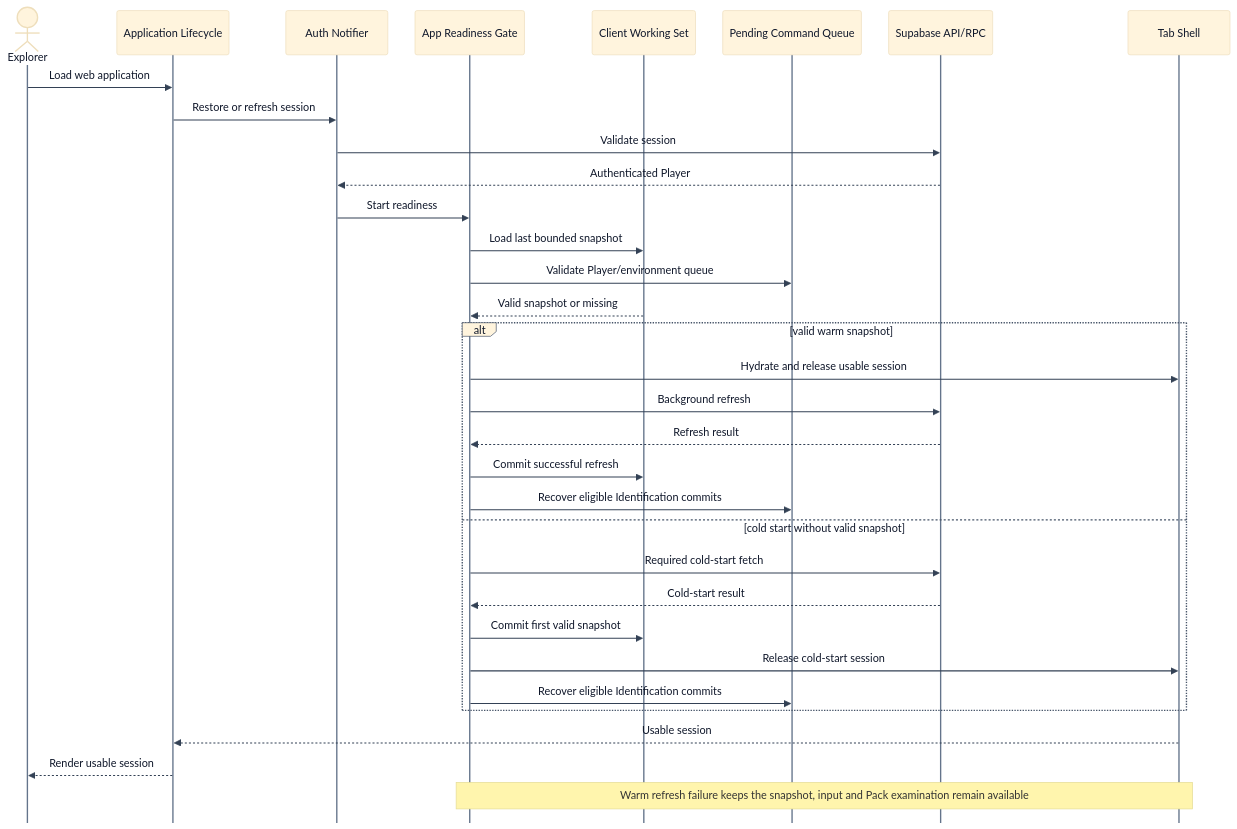
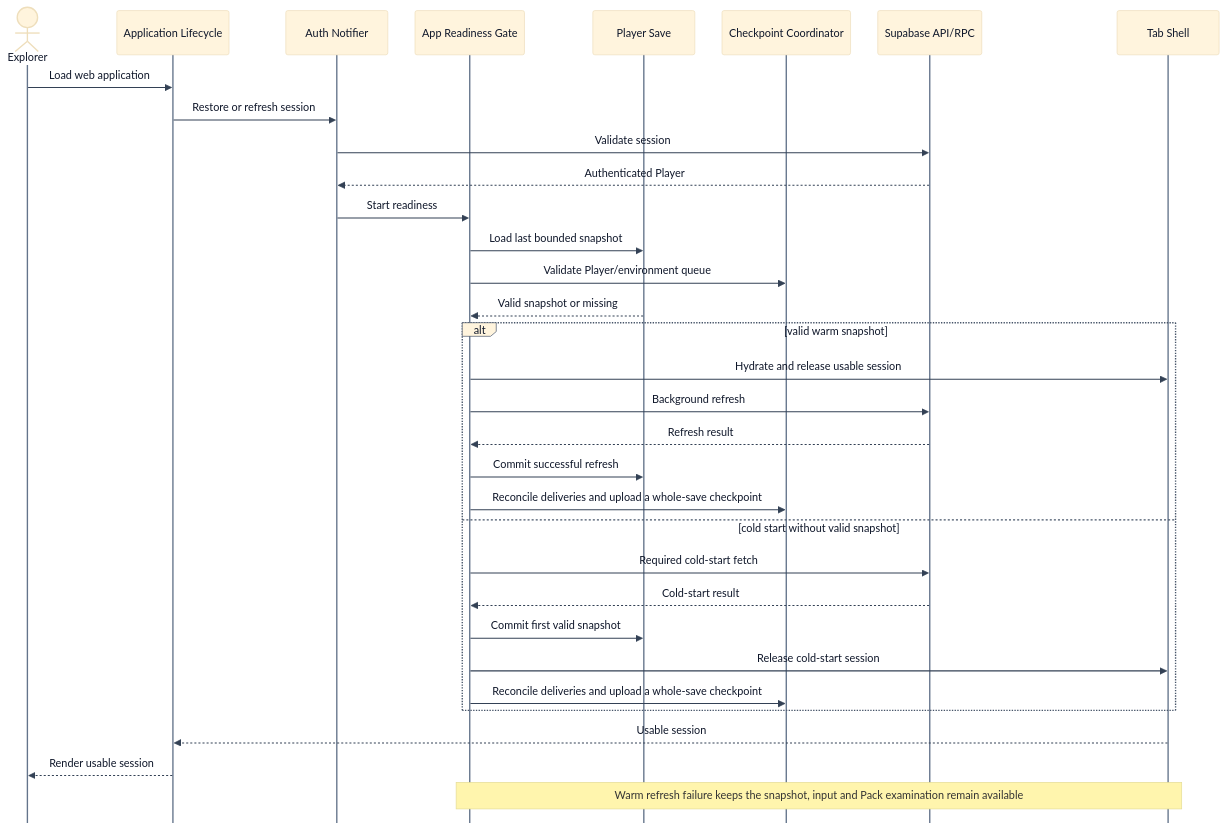
One commit to JMLegere/geo-app changed the diagram in docs/c4/09-dynamic-app-readiness.mmd. Above: the diagram before and after it, drawn with Mermaid. The commit also changed 46 other files, not shown here.

```diff
--- a/docs/c4/09-dynamic-app-readiness.mmd
+++ b/docs/c4/09-dynamic-app-readiness.mmd
@@ -1,36 +1,36 @@
 %% GENERATED by scripts/generate_c4_diagrams.py — do not edit.
 %%{init: {'theme': 'base', 'themeVariables': {'background': '#ffffff', 'primaryTextColor': '#0f172a', 'lineColor': '#475569', 'fontFamily': 'Arial, sans-serif', 'edgeLabelBackground': '#ffffff', 'actorLineColor': '#64748b', 'signalColor': '#334155', 'labelBoxBorderColor': '#475569', 'labelTextColor': '#0f172a', 'loopLineColor': '#64748b', 'loopTextColor': '#0f172a'}, 'sequence': {'mirrorActors': false, 'diagramMarginX': 30, 'diagramMarginY': 20, 'actorMargin': 40, 'messageMargin': 35}, 'flowchart': {'curve': 'linear', 'nodeSpacing': 40, 'rankSpacing': 55}}}%%
 sequenceDiagram
     actor Explorer
     participant App as Application Lifecycle
     participant Auth as Auth Notifier
     participant Ready as App Readiness Gate
-    participant Cache as Client Working Set
-    participant Sync as Pending Command Queue
+    participant Cache as Player Save
+    participant Sync as Checkpoint Coordinator
     participant API as Supabase API/RPC
     participant Shell as Tab Shell
 
     Explorer->>App: Load web application
     App->>Auth: Restore or refresh session
     Auth->>API: Validate session
     API-->>Auth: Authenticated Player
     Auth->>Ready: Start readiness
     Ready->>Cache: Load last bounded snapshot
     Ready->>Sync: Validate Player/environment queue
     Cache-->>Ready: Valid snapshot or missing
     alt valid warm snapshot
         Ready->>Shell: Hydrate and release usable session
         Ready->>API: Background refresh
         API-->>Ready: Refresh result
         Ready->>Cache: Commit successful refresh
-        Ready->>Sync: Recover eligible Identification commits
+        Ready->>Sync: Reconcile deliveries and upload a whole-save checkpoint
     else cold start without valid snapshot
         Ready->>API: Required cold-start fetch
         API-->>Ready: Cold-start result
         Ready->>Cache: Commit first valid snapshot
         Ready->>Shell: Release cold-start session
-        Ready->>Sync: Recover eligible Identification commits
+        Ready->>Sync: Reconcile deliveries and upload a whole-save checkpoint
     end
     Shell-->>App: Usable session
     App-->>Explorer: Render usable session
     Note over Ready,Shell: Warm refresh failure keeps the snapshot, input and Pack examination remain available
```
